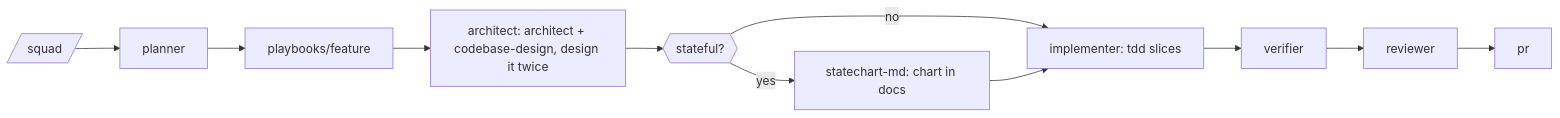
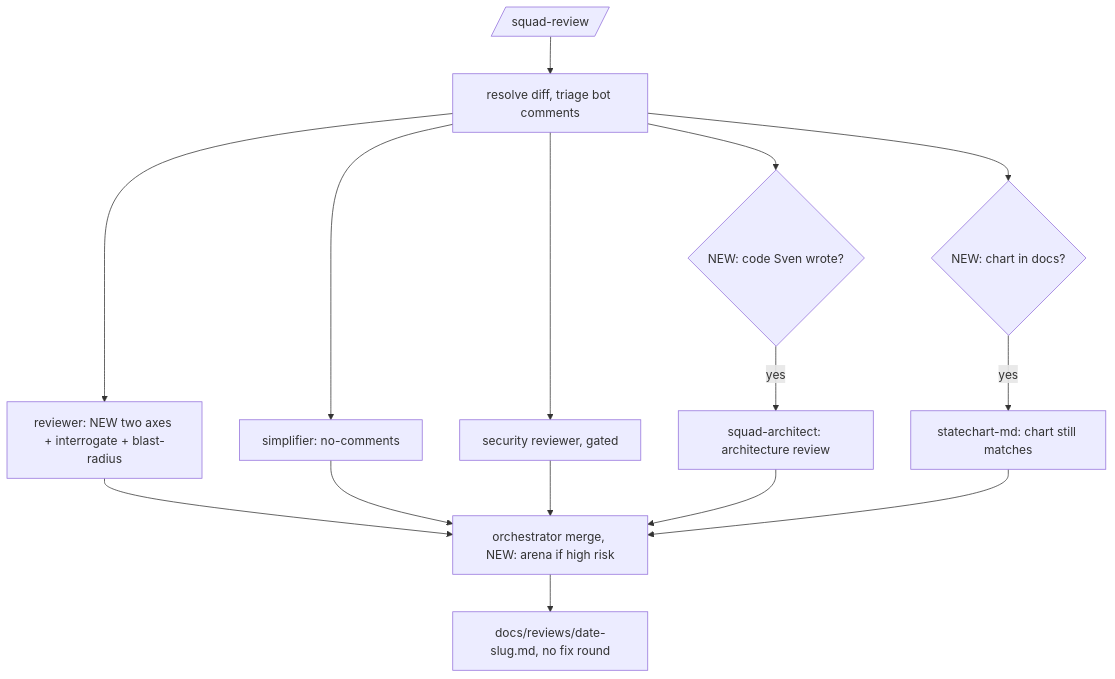
The second of 6 diagrams in docs/pbi/squad/FLOWS.md (svennijhuis/agentPacks), drawn with Mermaid before and after one commit. The commit also changed other lines of this file and 21 other files, not shown here.

Commit message:
docs(pbi): STRUCTURE.md, pin or copy decision rule, FLOWS per existing command, good and bad example per PBI

````diff
--- a/docs/pbi/squad/FLOWS.md
+++ b/docs/pbi/squad/FLOWS.md
@@ -34,10 +69,17 @@
 ```mermaid
-flowchart LR
-  C[/squad/] --> P[planner] --> PB[playbooks/feature]
-  PB --> AR[architect: architect + codebase-design, design it twice]
-  AR --> SC{{stateful?}}
-  SC -->|yes| ST[statechart-md: chart in docs]
-  SC -->|no| I
-  ST --> I[implementer: tdd slices]
-  I --> V[verifier] --> R[reviewer] --> PR[pr]
+flowchart TD
+  C[/squad-review/] --> D[resolve diff, triage bot comments]
+  D --> RV[reviewer: NEW two axes + interrogate + blast-radius]
+  D --> SI[simplifier: no-comments]
+  D --> SE[security reviewer, gated]
+  D --> OW{NEW: code Sven wrote?}
+  OW -->|yes| AR[squad-architect: architecture review]
+  D --> SC{NEW: chart in docs?}
+  SC -->|yes| CK[statechart-md: chart still matches]
+  RV --> OR[orchestrator merge, NEW: arena if high risk]
+  SI --> OR
+  SE --> OR
+  AR --> OR
+  CK --> OR
+  OR --> REP[docs/reviews/date-slug.md, no fix round]
 ```
````
